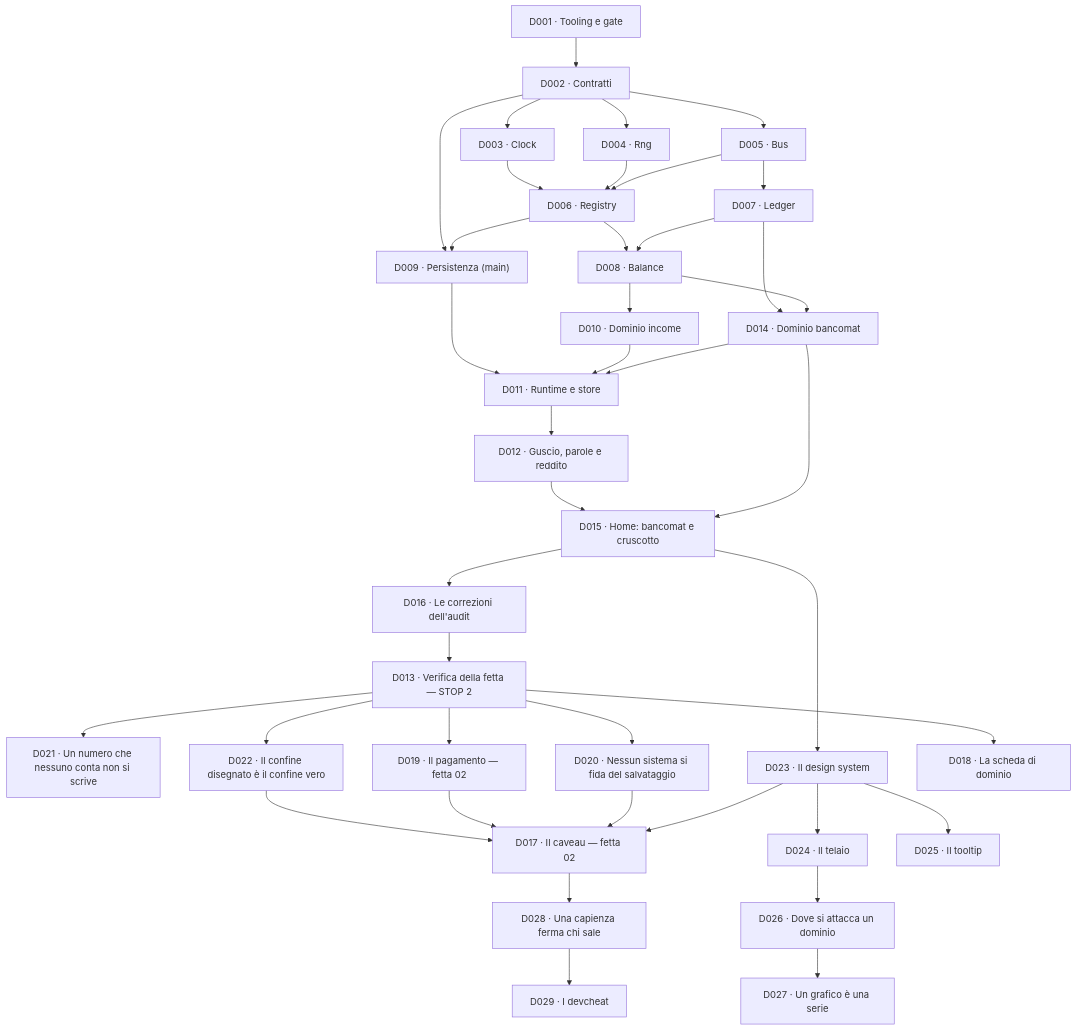
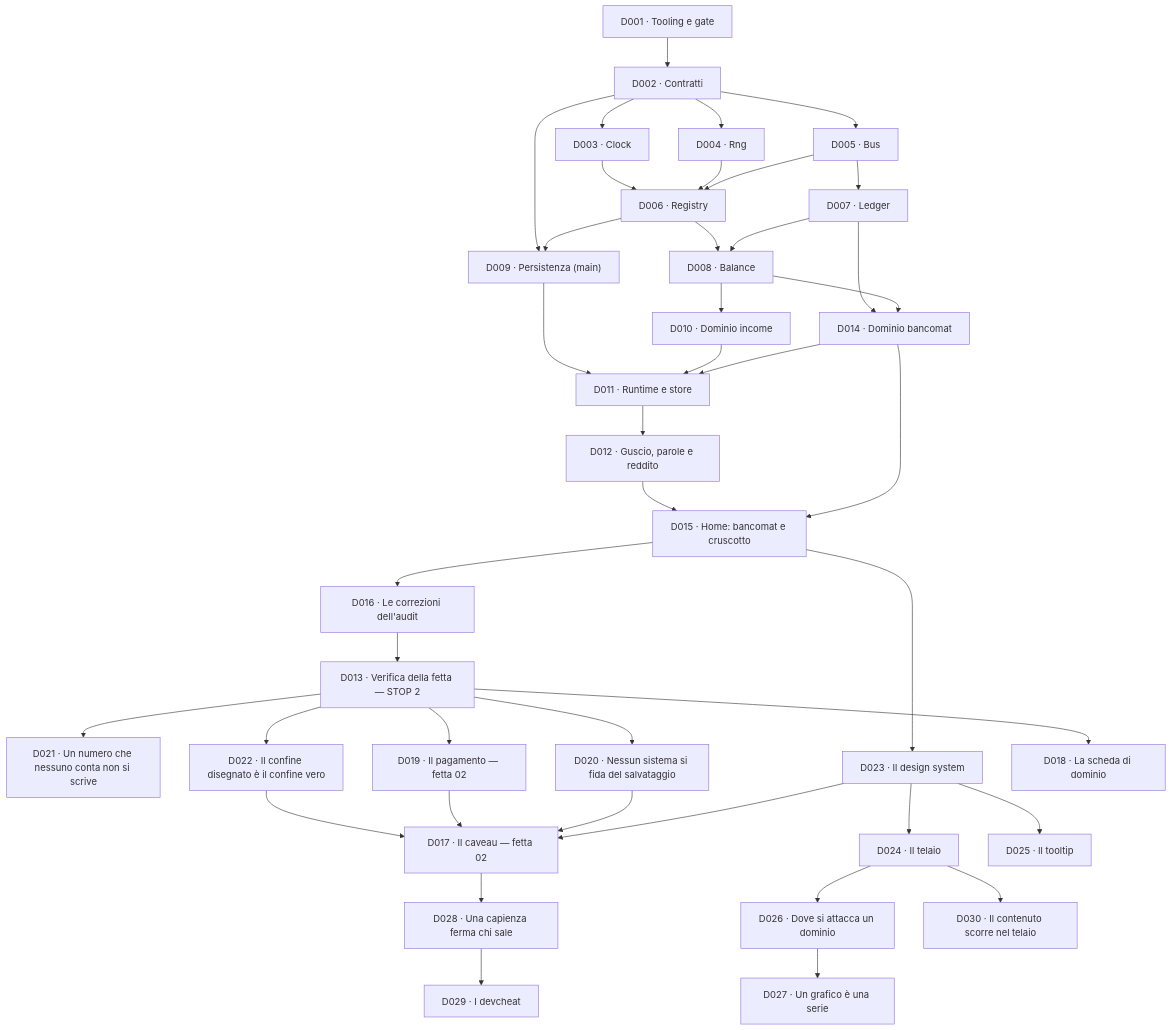
One commit to devfrx/solvent changed the diagram in docs/delega/README.md. Above: the diagram before and after it, drawn with Mermaid. The commit also changed other lines of this file and 7 other files, not shown here.

First line of the commit message:
fix(D030): il contenuto scorre nel telaio, e la testata sta ferma

````diff
--- a/docs/delega/README.md
+++ b/docs/delega/README.md
@@ -74,42 +74,43 @@
 ```mermaid
 flowchart TD
   D001["D001 · Tooling e gate"] --> D002["D002 · Contratti"]
   D002 --> D003["D003 · Clock"]
   D002 --> D004["D004 · Rng"]
   D002 --> D005["D005 · Bus"]
   D003 --> D006["D006 · Registry"]
   D004 --> D006
   D005 --> D006
   D005 --> D007["D007 · Ledger"]
   D006 --> D008["D008 · Balance"]
   D007 --> D008
   D002 --> D009["D009 · Persistenza (main)"]
   D006 --> D009
   D008 --> D010["D010 · Dominio income"]
   D007 --> D014["D014 · Dominio bancomat"]
   D008 --> D014
   D009 --> D011["D011 · Runtime e store"]
   D010 --> D011
   D014 --> D011
   D011 --> D012["D012 · Guscio, parole e reddito"]
   D012 --> D015["D015 · Home: bancomat e cruscotto"]
   D014 --> D015
   D015 --> D016["D016 · Le correzioni dell'audit"]
   D016 --> D013["D013 · Verifica della fetta — STOP 2"]
   D013 --> D021["D021 · Un numero che nessuno conta non si scrive"]
   D013 --> D022["D022 · Il confine disegnato è il confine vero"]
   D022 --> D017
   D013 --> D019["D019 · Il pagamento — fetta 02"]
   D013 --> D020["D020 · Nessun sistema si fida del salvataggio"]
   D015 --> D023["D023 · Il design system"]
   D019 --> D017["D017 · Il caveau — fetta 02"]
   D020 --> D017
   D023 --> D017
   D013 --> D018["D018 · La scheda di dominio"]
   D023 --> D024["D024 · Il telaio"]
   D023 --> D025["D025 · Il tooltip"]
   D024 --> D026["D026 · Dove si attacca un dominio"]
   D026 --> D027["D027 · Un grafico è una serie"]
   D017 --> D028["D028 · Una capienza ferma chi sale"]
   D028 --> D029["D029 · I devcheat"]
+  D024 --> D030["D030 · Il contenuto scorre nel telaio"]
 ```
````
